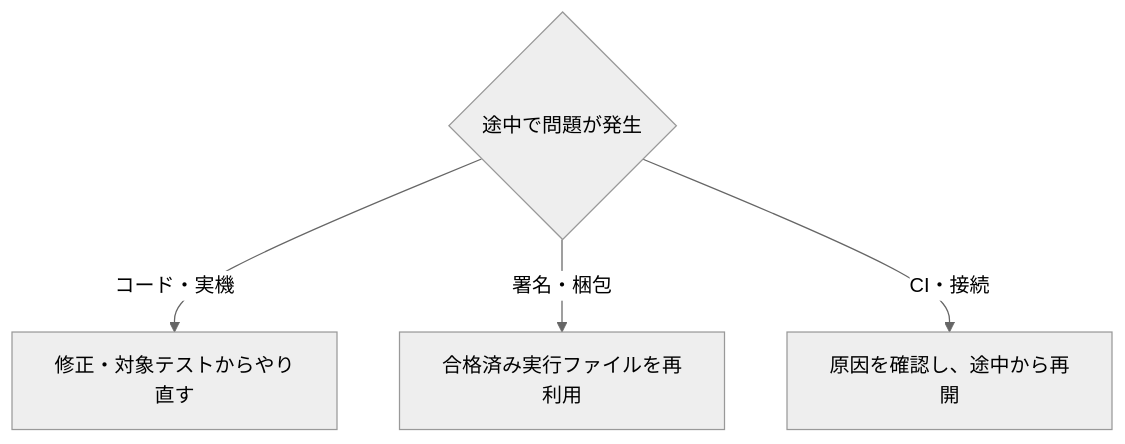
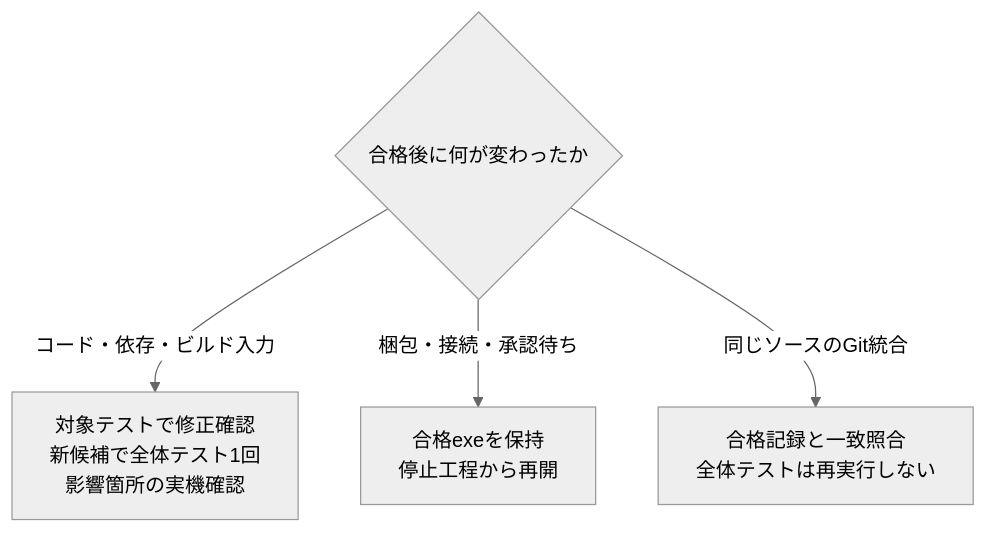
Before and after one commit to ore-no-fusen/ore-no-fusen: the second of 2 diagrams in docs/010_RELEASE.md, drawn with Mermaid (neutral theme). The commit also changed other lines of this file and 10 other files, not shown here.

````diff
--- a/docs/010_RELEASE.md
+++ b/docs/010_RELEASE.md
@@ -40,6 +46,6 @@
 ```mermaid
 flowchart TD
-    A{"途中で問題が発生"} -->|コード・実機| B["修正・対象テストからやり直す"]
-    A -->|署名・梱包| C["合格済み実行ファイルを再利用"]
-    A -->|CI・接続| D["原因を確認し、途中から再開"]
+ A{"合格後に何が変わったか"} -->|コード・依存・ビルド入力| B["対象テストで修正確認<br/>新候補で全体テスト1回<br/>影響箇所の実機確認"]
+ A -->|梱包・接続・承認待ち| C["合格exeを保持<br/>停止工程から再開"]
+ A -->|同じソースのGit統合| D["合格記録と一致照合<br/>全体テストは再実行しない"]
 ```
````
